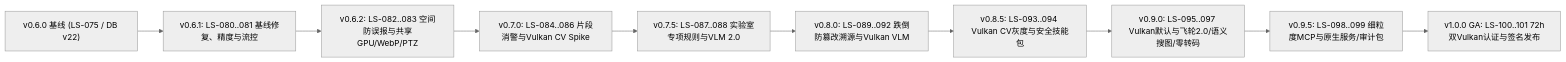
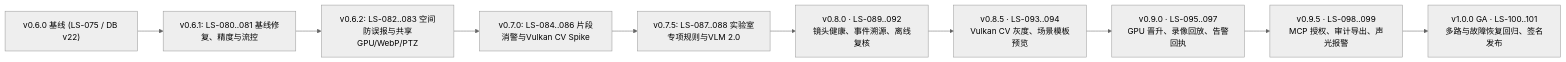
Before and after one commit to windyxyz/LabSentinel: the first of 2 diagrams in docs/plan/v1.0.0-roadmap.md, drawn with Mermaid (neutral theme). The commit also changed other lines of this file and 4 other files, not shown here.

````diff
--- a/docs/plan/v1.0.0-roadmap.md
+++ b/docs/plan/v1.0.0-roadmap.md
@@ -72,12 +72,12 @@
 ```mermaid
 flowchart LR
     V060["v0.6.0 基线 (LS-075 / DB v22)"] --> V061["v0.6.1: LS-080..081 基线修复、精度与流控"]
     V061 --> V062["v0.6.2: LS-082..083 空间防误报与共享GPU/WebP/PTZ"]
     V062 --> V070["v0.7.0: LS-084..086 片段消警与Vulkan CV Spike"]
     V070 --> V075["v0.7.5: LS-087..088 实验室专项规则与VLM 2.0"]
-    V075 --> V080["v0.8.0: LS-089..092 跌倒防篡改溯源与Vulkan VLM"]
-    V080 --> V085["v0.8.5: LS-093..094 Vulkan CV灰度与安全技能包"]
-    V085 --> V090["v0.9.0: LS-095..097 Vulkan默认与飞轮2.0/语义搜图/零转码"]
-    V090 --> V095["v0.9.5: LS-098..099 细粒度MCP与原生服务/审计包"]
-    V095 --> V100["v1.0.0 GA: LS-100..101 72h双Vulkan认证与签名发布"]
+    V075 --> V080["v0.8.0 · LS-089..092<br/>镜头健康、事件溯源、离线复核"]
+    V080 --> V085["v0.8.5 · LS-093..094<br/>Vulkan CV 灰度、场景模板预览"]
+    V085 --> V090["v0.9.0 · LS-095..097<br/>GPU 晋升、录像回放、告警回执"]
+    V090 --> V095["v0.9.5 · LS-098..099<br/>MCP 授权、审计导出、声光报警"]
+    V095 --> V100["v1.0.0 GA · LS-100..101<br/>多路与故障恢复回归、签名发布"]
 ```
````
